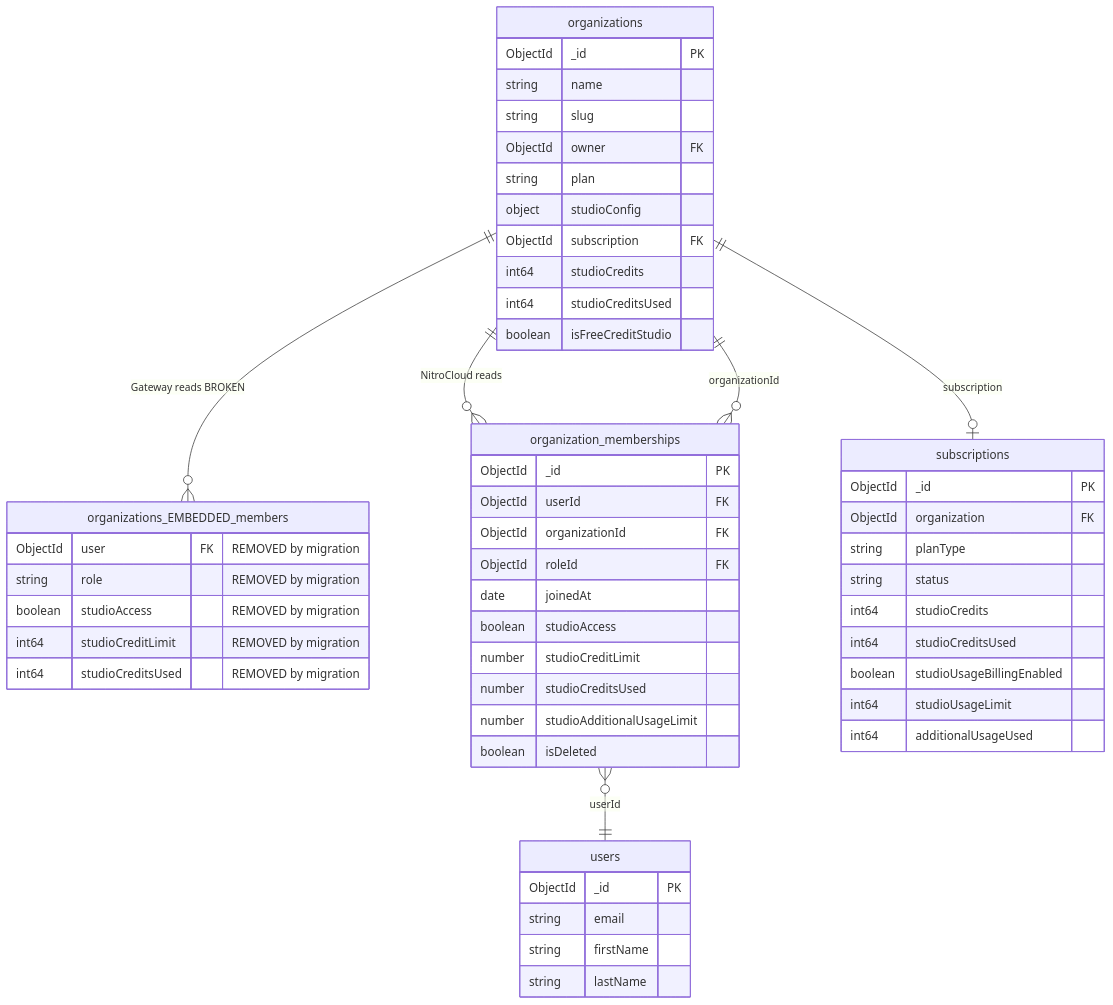
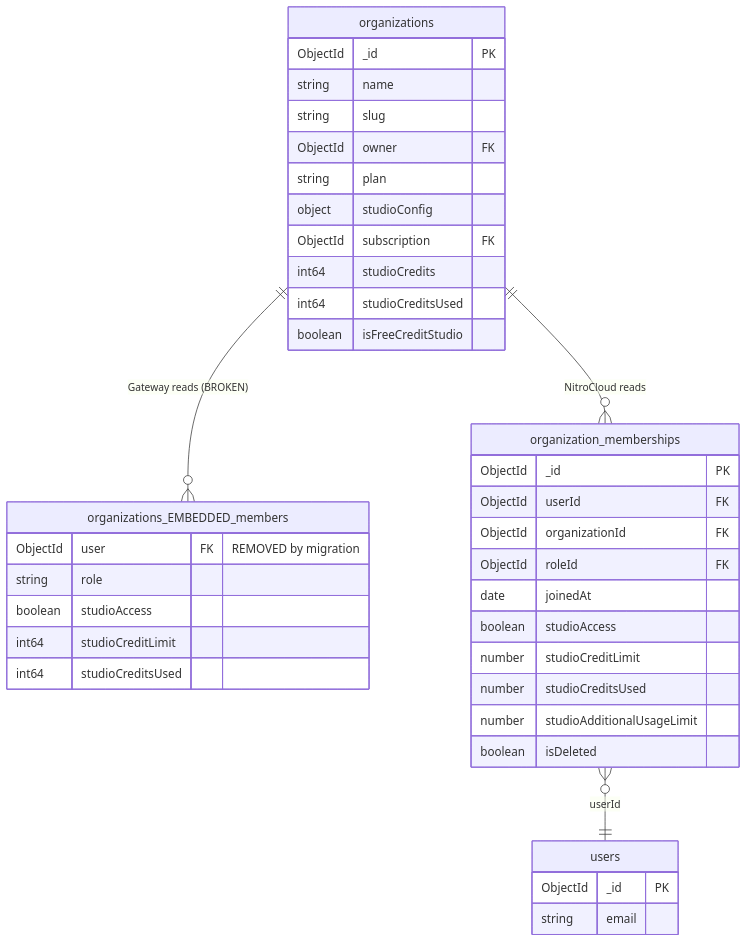
Before and after one commit to webdev-hemant/test-md: the diagram in membership-migration.md, drawn with Mermaid. The commit also changed other lines of this file, not shown here.

First line of the commit message:
RFC: Migrate Organization Membership to Single Source

````diff
--- a/membership-migration.md
+++ b/membership-migration.md
@@ -24,61 +102,45 @@
 ```mermaid
 erDiagram
     organizations {
         ObjectId _id PK
         string name
         string slug
         ObjectId owner FK
         string plan
         object studioConfig
         ObjectId subscription FK
         int64 studioCredits
         int64 studioCreditsUsed
         boolean isFreeCreditStudio
     }
 
     organizations_EMBEDDED_members {
         ObjectId user FK "REMOVED by migration"
-        string role "REMOVED by migration"
-        boolean studioAccess "REMOVED by migration"
-        int64 studioCreditLimit "REMOVED by migration"
-        int64 studioCreditsUsed "REMOVED by migration"
+        string role
+        boolean studioAccess
+        int64 studioCreditLimit
+        int64 studioCreditsUsed
     }
 
     organization_memberships {
         ObjectId _id PK
         ObjectId userId FK
         ObjectId organizationId FK
         ObjectId roleId FK
         date joinedAt
         boolean studioAccess
         number studioCreditLimit
         number studioCreditsUsed
         number studioAdditionalUsageLimit
         boolean isDeleted
     }
 
-    subscriptions {
-        ObjectId _id PK
-        ObjectId organization FK
-        string planType
-        string status
-        int64 studioCredits
-        int64 studioCreditsUsed
-        boolean studioUsageBillingEnabled
-        int64 studioUsageLimit
-        int64 additionalUsageUsed
-    }
-
     users {
         ObjectId _id PK
         string email
-        string firstName
-        string lastName
     }
 
-    organizations ||--o{ organizations_EMBEDDED_members : "Gateway reads BROKEN"
+    organizations ||--o{ organizations_EMBEDDED_members : "Gateway reads (BROKEN)"
     organizations ||--o{ organization_memberships : "NitroCloud reads"
     organization_memberships }o--|| users : "userId"
-    organization_memberships }o--|| organizations : "organizationId"
-    organizations ||--o| subscriptions : "subscription"
 ```
````
